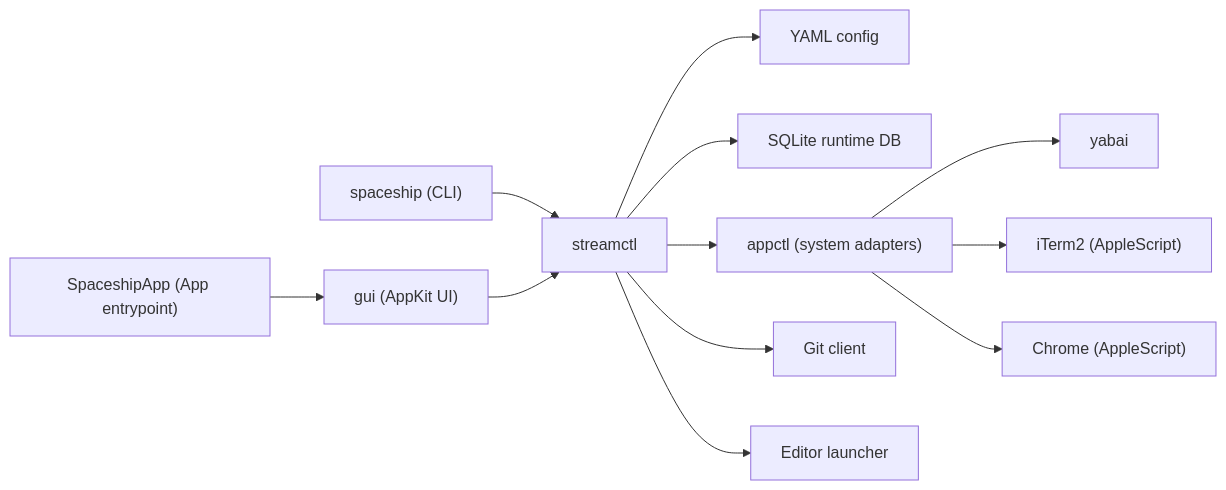
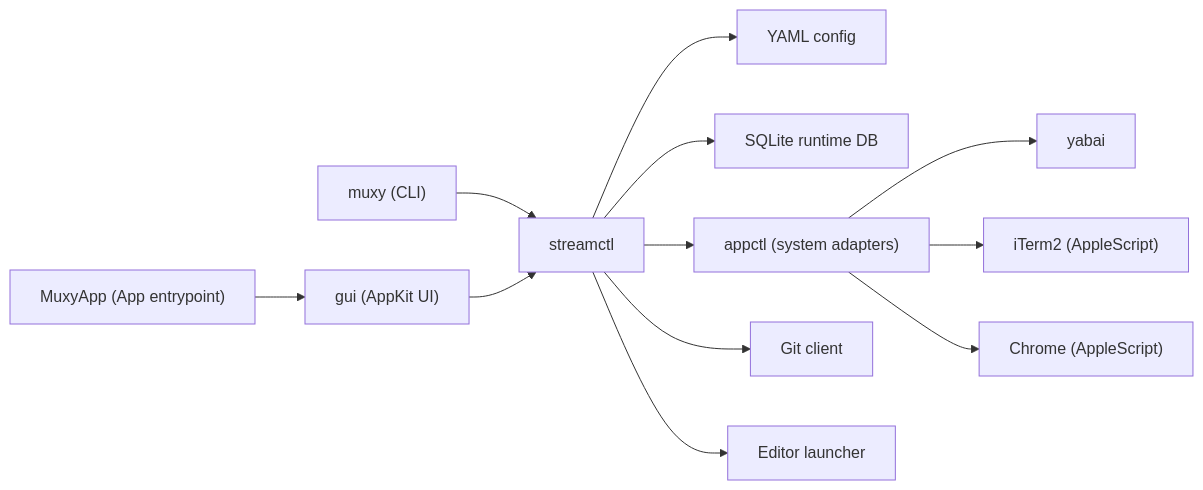
One commit to yogesh-dhande/spaces changed the first of 5 diagrams in apps/macos/docs/architecture.md. Above: the diagram before and after it, drawn with Mermaid. The commit also changed other lines of this file and 50 other files, not shown here.

````diff
--- a/apps/macos/docs/architecture.md
+++ b/apps/macos/docs/architecture.md
@@ -16,16 +16,16 @@
 ```mermaid
 flowchart LR
-  cli["spaceship (CLI)"] --> stream["streamctl"]
-  guiapp["SpaceshipApp (App entrypoint)"] --> gui["gui (AppKit UI)"]
+  cli["muxy (CLI)"] --> stream["streamctl"]
+  guiapp["MuxyApp (App entrypoint)"] --> gui["gui (AppKit UI)"]
   gui --> stream
 
   stream --> config["YAML config"]
   stream --> db["SQLite runtime DB"]
   stream --> appctl["appctl (system adapters)"]
   stream --> git["Git client"]
   stream --> editor["Editor launcher"]
 
   appctl --> yabai["yabai"]
   appctl --> iterm["iTerm2 (AppleScript)"]
   appctl --> chrome["Chrome (AppleScript)"]
 ```
````
